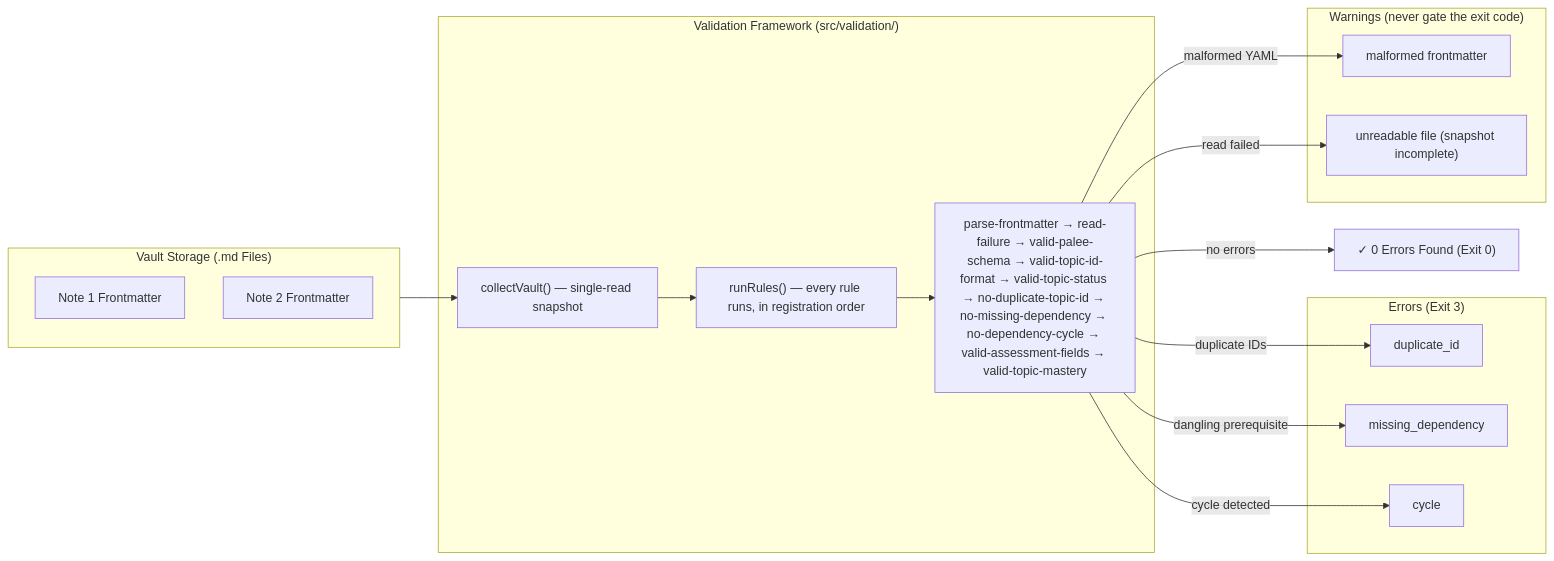
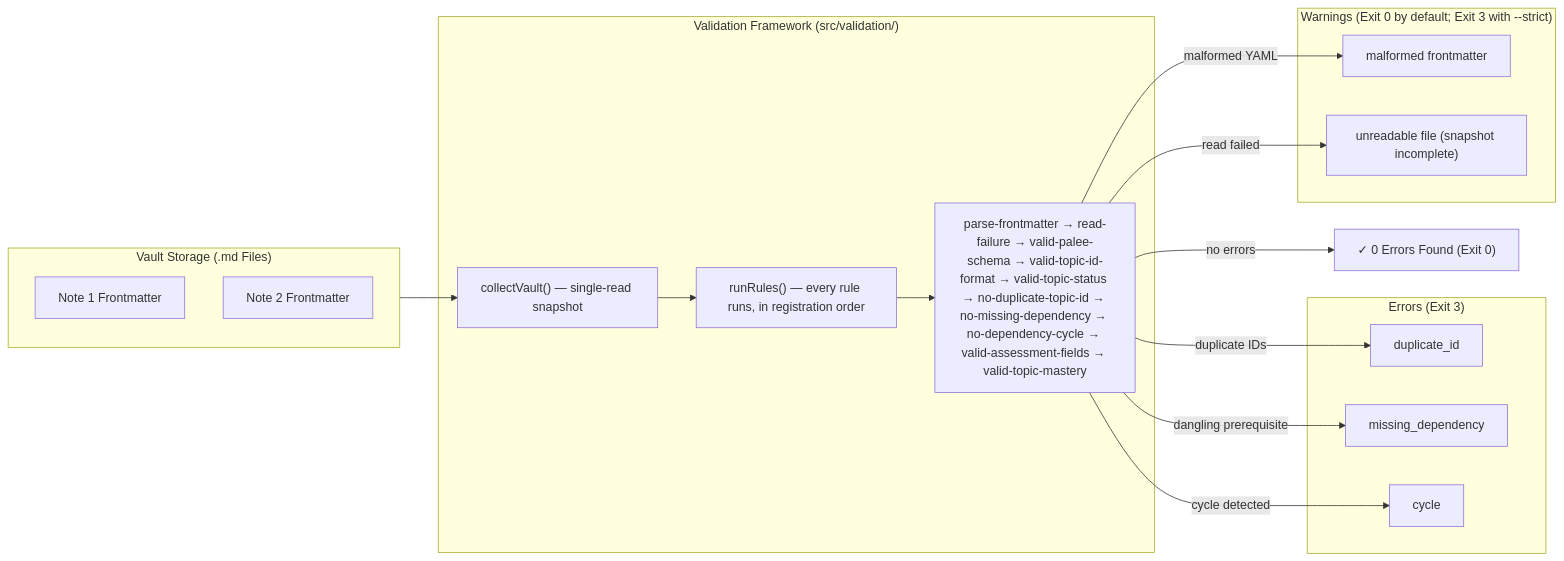
One commit to Kuldeep2822k/cli changed the second of 2 diagrams in docs/02-3-reporting-commands.md. Above: the diagram before and after it, drawn with Mermaid.

Commit message:
docs(validate): reflect --strict in warnings diagram label
CodeRabbit review on PR #162 (outside-diff comment): the Mermaid
subgraph label 'Warnings (never gate the exit code)' contradicts the
--strict flag documented in the options table and implemented in
validate.ts — CI users reading the diagram would conclude warnings
always exit 0. Label now reads 'Warnings (Exit 0 by default; Exit 3
with --strict)' to match the implemented validation contract.

````diff
--- a/docs/02-3-reporting-commands.md
+++ b/docs/02-3-reporting-commands.md
@@ -203,34 +203,34 @@
 ```mermaid
 flowchart LR
     subgraph Storage ["Vault Storage (.md Files)"]
         FM1["Note 1 Frontmatter"]
         FM2["Note 2 Frontmatter"]
     end
     
     subgraph Analyzer ["Validation Framework (src/validation/)"]
         Scan["collectVault() — single-read snapshot"]
         Runner["runRules() — every rule runs, in registration order"]
         Rules["parse-frontmatter → read-failure → valid-palee-schema → valid-topic-id-format → valid-topic-status → no-duplicate-topic-id → no-missing-dependency → no-dependency-cycle → valid-assessment-fields → valid-topic-mastery"]
     end
     
     subgraph Errors ["Errors (Exit 3)"]
         ErrDup["duplicate_id"]
         ErrMiss["missing_dependency"]
         ErrCyc["cycle"]
     end
 
-    subgraph Warnings ["Warnings (never gate the exit code)"]
+    subgraph Warnings ["Warnings (Exit 0 by default; Exit 3 with --strict)"]
         WarnParse["malformed frontmatter"]
         WarnRead["unreadable file (snapshot incomplete)"]
     end
     
     Storage --> Scan
     Scan --> Runner
     Runner --> Rules
     Rules -->|"duplicate IDs"| ErrDup
     Rules -->|"dangling prerequisite"| ErrMiss
     Rules -->|"cycle detected"| ErrCyc
     Rules -->|"malformed YAML"| WarnParse
     Rules -->|"read failed"| WarnRead
     Rules -->|"no errors"| Success["✓ 0 Errors Found (Exit 0)"]
 ```
````
